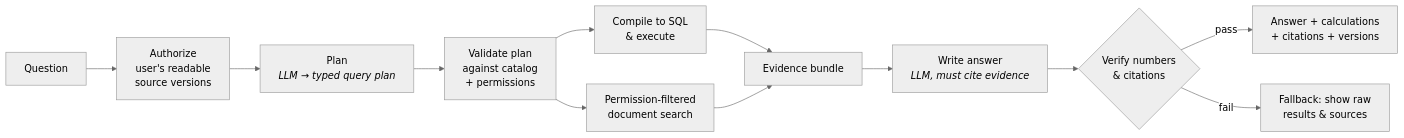
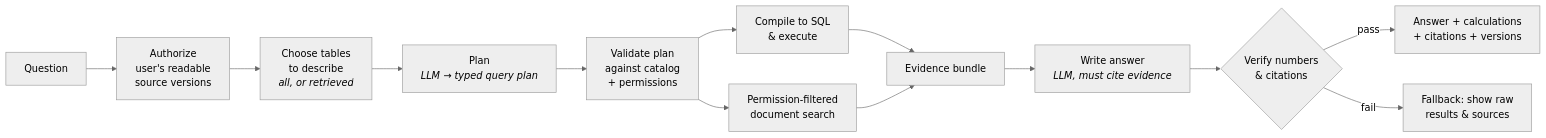
Before and after one commit to ivky03/operations-copilot: the diagram in README.md, drawn with Mermaid (neutral theme). The commit also changed other lines of this file and 4 other files, not shown here.

First line of the commit message:
feat(evals): deterministic schema-retrieval evaluation with a held-out set

````diff
--- a/README.md
+++ b/README.md
@@ -40,14 +40,15 @@
 ```mermaid
 flowchart LR
     Q[Question] --> A[Authorize<br/>user's readable<br/>source versions]
-    A --> P[Plan<br/><i>LLM → typed query plan</i>]
+    A --> T[Choose tables<br/>to describe<br/><i>all, or retrieved</i>]
+    T --> P[Plan<br/><i>LLM → typed query plan</i>]
     P --> V[Validate plan<br/>against catalog<br/>+ permissions]
     V --> S[Compile to SQL<br/>& execute]
     V --> D[Permission-filtered<br/>document search]
     S --> E[Evidence bundle]
     D --> E
     E --> W[Write answer<br/><i>LLM, must cite evidence</i>]
     W --> C{Verify numbers<br/>& citations}
     C -->|pass| R[Answer + calculations<br/>+ citations + versions]
     C -->|fail| F[Fallback: show raw<br/>results & sources]
 ```
````
